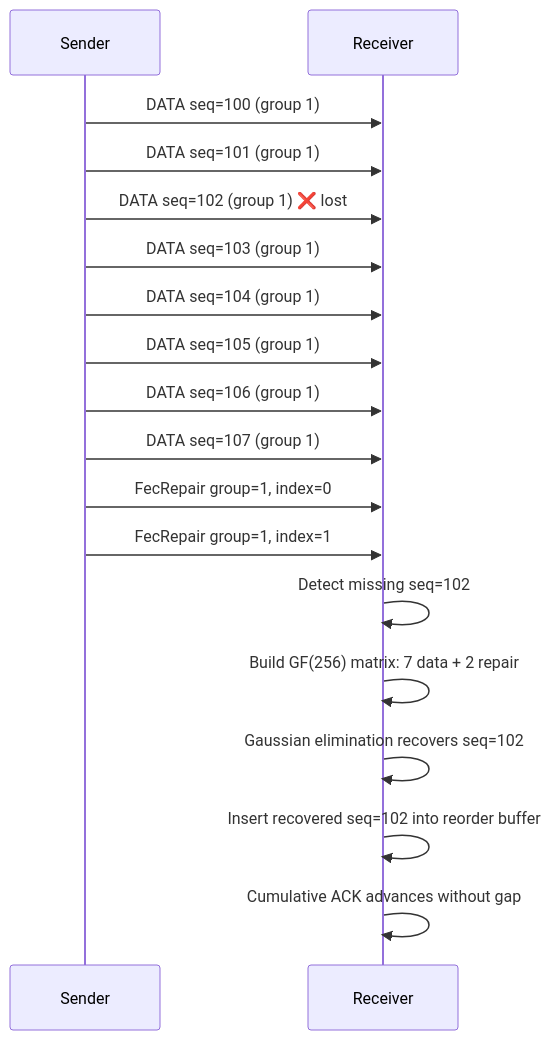
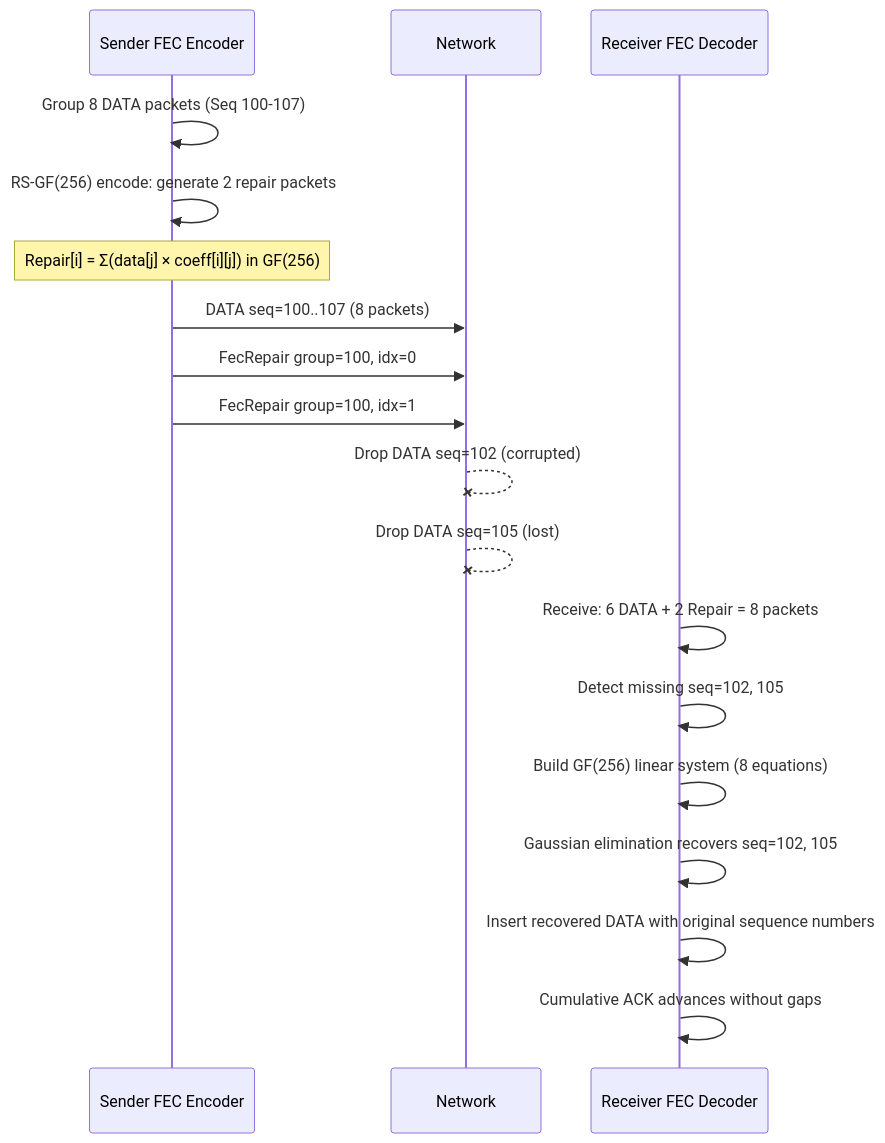
The seventh of 12 diagrams in README.md (liulilittle/ucp), drawn with Mermaid before and after one commit. The commit also changed other lines of this file and 17 other files, not shown here.

````diff
--- a/README.md
+++ b/README.md
@@ -379,23 +491,23 @@
 ```mermaid
 sequenceDiagram
-    participant S as Sender
-    participant R as Receiver
+    participant S as Sender FEC Encoder
+    participant Net as Network
+    participant R as Receiver FEC Decoder
 
-    S->>R: DATA seq=100 (group 1)
-    S->>R: DATA seq=101 (group 1)
-    S->>R: DATA seq=102 (group 1) ❌ lost
-    S->>R: DATA seq=103 (group 1)
-    S->>R: DATA seq=104 (group 1)
-    S->>R: DATA seq=105 (group 1)
-    S->>R: DATA seq=106 (group 1)
-    S->>R: DATA seq=107 (group 1)
+    S->>S: Group 8 DATA packets (Seq 100-107)
+    S->>S: RS-GF(256) encode: generate 2 repair packets
+    Note over S: Repair[i] = Σ(data[j] × coeff[i][j]) in GF(256)
+    S->>Net: DATA seq=100..107 (8 packets)
+    S->>Net: FecRepair group=100, idx=0
+    S->>Net: FecRepair group=100, idx=1
 
-    S->>R: FecRepair group=1, index=0
-    S->>R: FecRepair group=1, index=1
+    Net--xNet: Drop DATA seq=102 (corrupted)
+    Net--xNet: Drop DATA seq=105 (lost)
 
-    R->>R: Detect missing seq=102
-    R->>R: Build GF(256) matrix: 7 data + 2 repair
-    R->>R: Gaussian elimination recovers seq=102
-    R->>R: Insert recovered seq=102 into reorder buffer
-    R->>R: Cumulative ACK advances without gap
+    R->>R: Receive: 6 DATA + 2 Repair = 8 packets
+    R->>R: Detect missing seq=102, 105
+    R->>R: Build GF(256) linear system (8 equations)
+    R->>R: Gaussian elimination recovers seq=102, 105
+    R->>R: Insert recovered DATA with original sequence numbers
+    R->>R: Cumulative ACK advances without gaps
 ```
````
